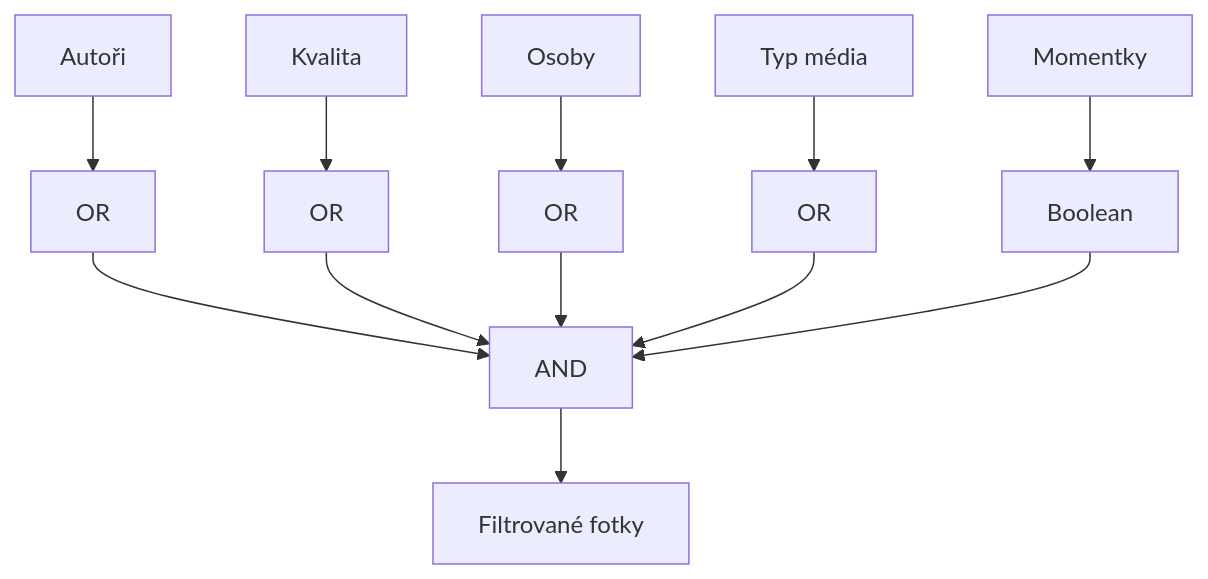
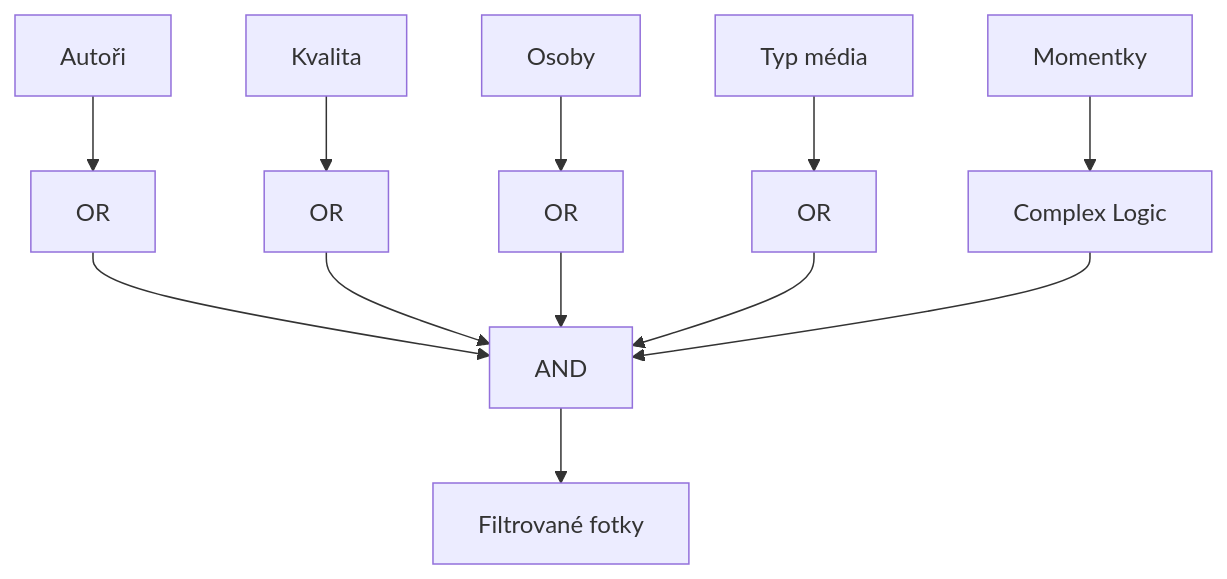
One commit to cebreus/photoblog-israel-2022 changed the second of 3 diagrams in docs/ARCH-FEATURES.md. Above: the diagram before and after it, drawn with Mermaid. The commit also changed other lines of this file and 30 other files, not shown here.

````diff
--- a/docs/ARCH-FEATURES.md
+++ b/docs/ARCH-FEATURES.md
@@ -72,16 +90,16 @@
 ```mermaid
 flowchart TB
     AUTHORS[Autoři] --> OR1[OR]
     QUALITY[Kvalita] --> OR2[OR]
     PEOPLE[Osoby] --> OR3[OR]
     MEDIA[Typ média] --> OR4[OR]
-    SNAPSHOTS[Momentky] --> BOOL[Boolean]
+    SNAPSHOTS[Momentky] --> COMPLEX[Complex Logic]
 
     OR1 --> AND[AND]
     OR2 --> AND
     OR3 --> AND
     OR4 --> AND
-    BOOL --> AND
+    COMPLEX --> AND
 
     AND --> RESULT[Filtrované fotky]
 ```
````
